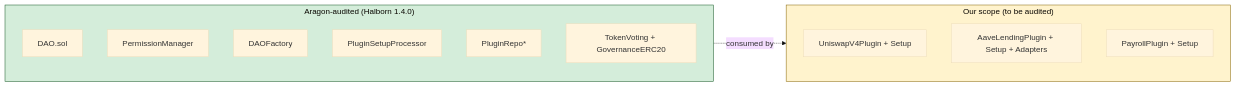
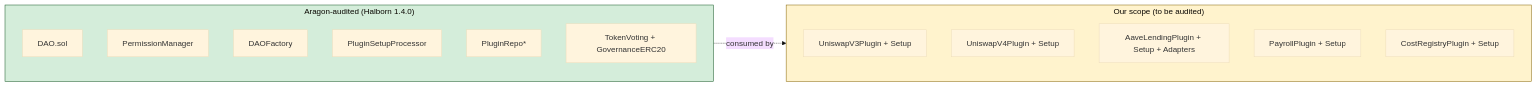
The eighth of 11 diagrams in README.md (CyberdyneCorp/cyberdyne_dao_contracts), drawn with Mermaid (base theme) before and after one commit. The commit also changed other lines of this file and 7 other files, not shown here.

First line of the commit message:
docs: close gap audit; restructure ROADMAP Phase 13 as v1.1 backlog

````diff
--- a/README.md
+++ b/README.md
@@ -190,22 +274,24 @@
 ```mermaid
 flowchart LR
     subgraph A["Aragon-audited (Halborn 1.4.0)"]
         DAO[DAO.sol]
         PM[PermissionManager]
         DF[DAOFactory]
         PSP[PluginSetupProcessor]
         PR[PluginRepo*]
         TV[TokenVoting + GovernanceERC20]
     end
 
     subgraph B["Our scope (to be audited)"]
-        U[UniswapV4Plugin + Setup]
+        U3[UniswapV3Plugin + Setup]
+        U4[UniswapV4Plugin + Setup]
         L[AaveLendingPlugin + Setup + Adapters]
         P[PayrollPlugin + Setup]
+        C[CostRegistryPlugin + Setup]
     end
 
     A -.->|consumed by| B
 
     style A fill:#d4edda,stroke:#155724
     style B fill:#fff3cd,stroke:#856404
 ```
````
